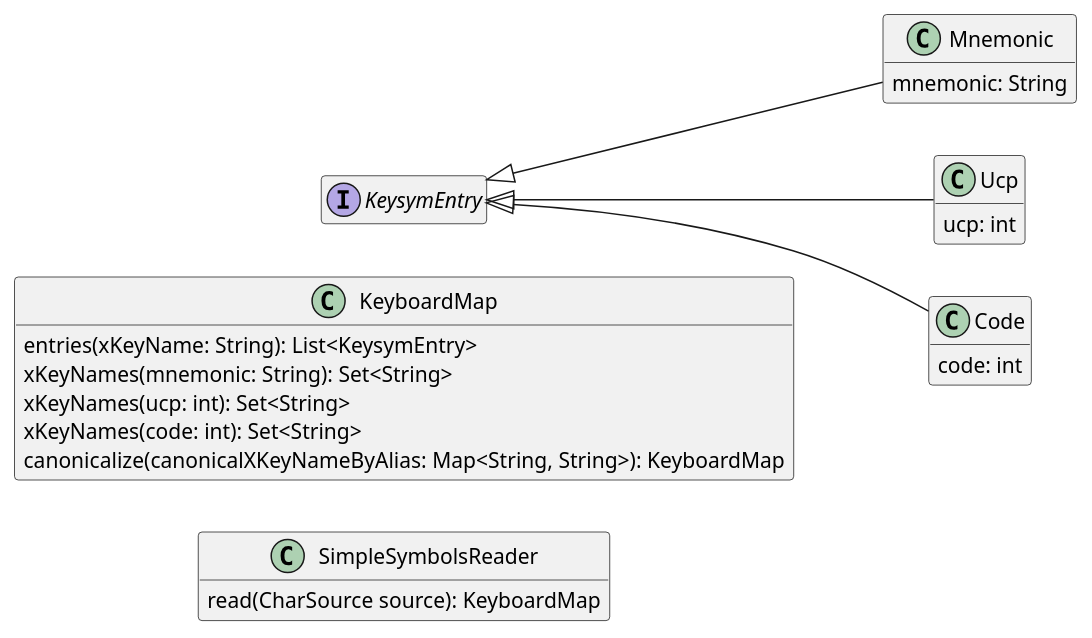
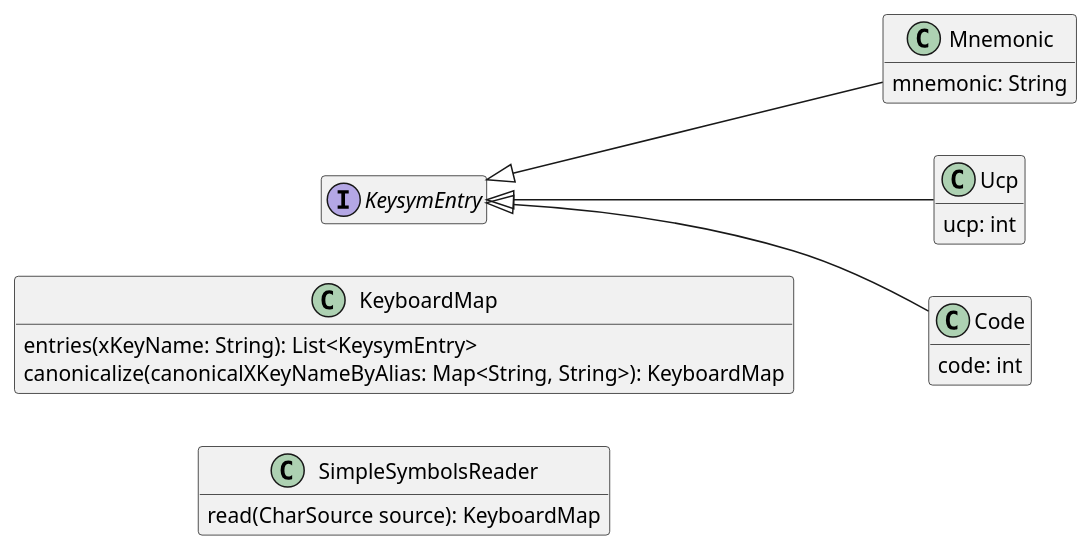
One commit to oliviercailloux/Keyboardd changed the diagram in Mapping.wsd. Above: the diagram before and after it, drawn with PlantUML. The commit also changed 19 other files, not shown here.

```diff
--- a/Mapping.wsd
+++ b/Mapping.wsd
@@ -1,35 +1,32 @@
 @startuml Mapping
 hide empty members
 left to right direction
 
 interface "KeysymEntry" {}
 class "Mnemonic" {
   mnemonic: String
 }
 class "Ucp" {
   ucp: int
 }
 class "Code" {
   code: int
 }
 
 "KeysymEntry" <|-- "Mnemonic"
 "KeysymEntry" <|-- "Ucp"
 "KeysymEntry" <|-- "Code"
 
 class "KeyboardMap" {
   entries(xKeyName: String): List<KeysymEntry>
-  xKeyNames(mnemonic: String): Set<String>
-  xKeyNames(ucp: int): Set<String>
-  xKeyNames(code: int): Set<String>
   canonicalize(canonicalXKeyNameByAlias: Map<String, String>): KeyboardMap
 }
 
 class "SimpleSymbolsReader" {
   read(CharSource source): KeyboardMap
 }
 
 KeysymEntry -[hidden]> KeyboardMap
 KeyboardMap -[hidden]> SimpleSymbolsReader
 
 @enduml
```
